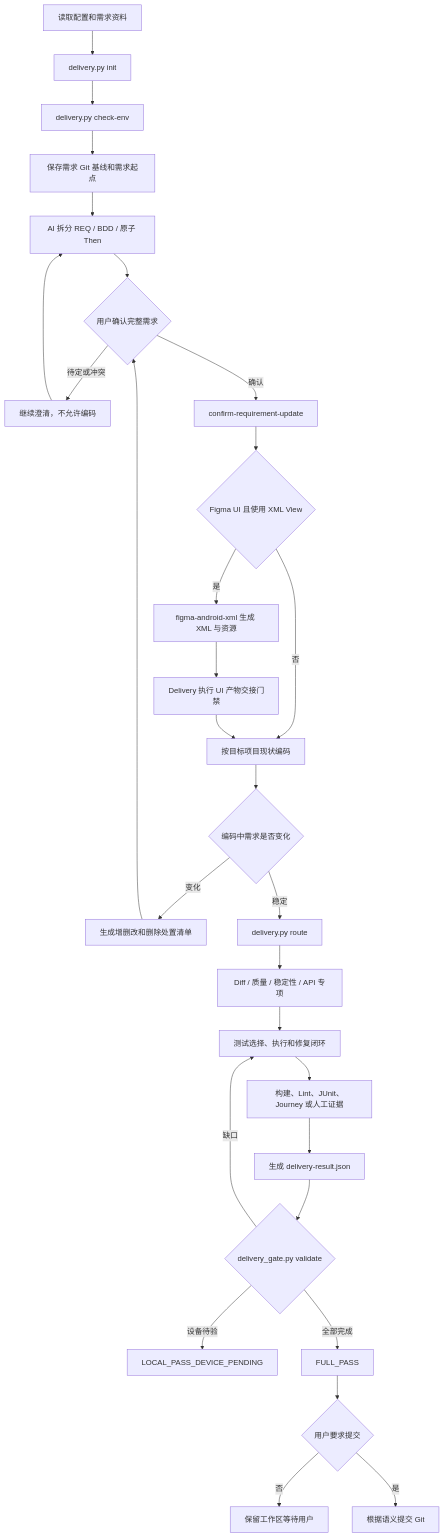
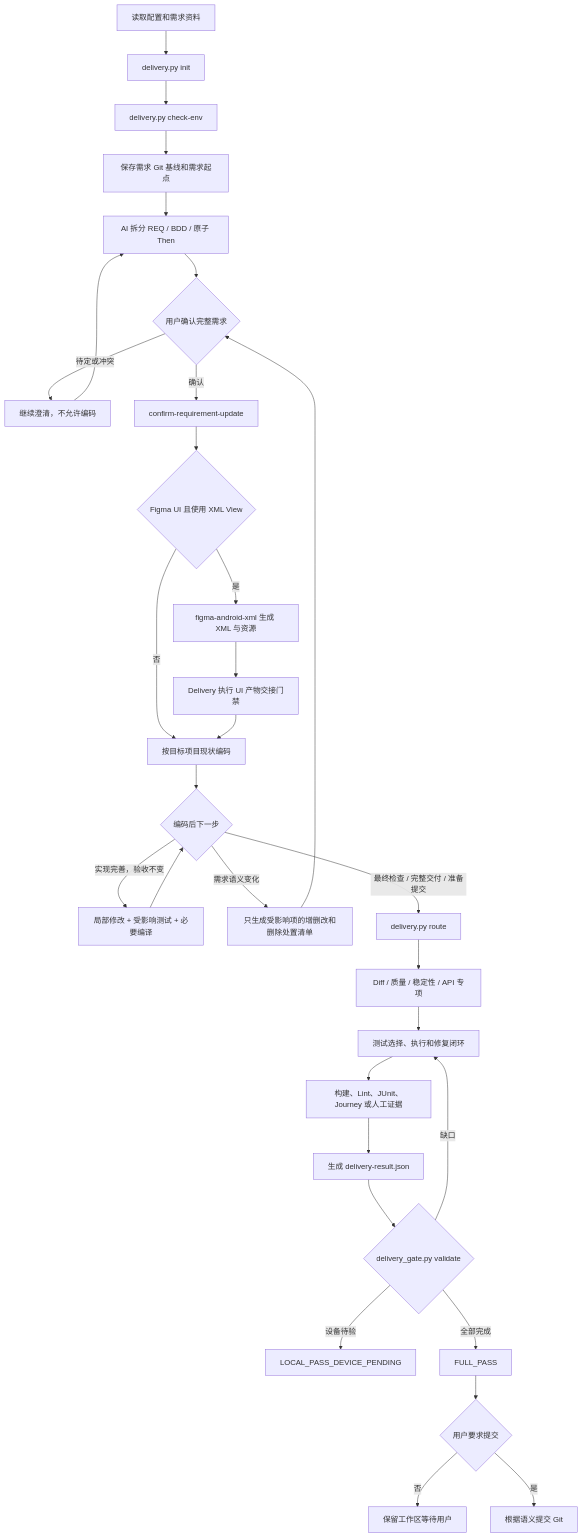
Before and after one commit to yejuntian/android-delivery-skills: the diagram in AI_DELIVERY_WORKFLOW_GUIDELINES.md, drawn with Mermaid. The commit also changed other lines of this file and 8 other files, not shown here.

````diff
--- a/AI_DELIVERY_WORKFLOW_GUIDELINES.md
+++ b/AI_DELIVERY_WORKFLOW_GUIDELINES.md
@@ -106,31 +110,33 @@
 ```mermaid
 flowchart TD
     A["读取配置和需求资料"] --> B["delivery.py init"]
     B --> C["delivery.py check-env"]
     C --> D["保存需求 Git 基线和需求起点"]
     D --> E["AI 拆分 REQ / BDD / 原子 Then"]
     E --> F{"用户确认完整需求"}
     F -- "待定或冲突" --> G["继续澄清，不允许编码"]
     G --> E
     F -- "确认" --> H["confirm-requirement-update"]
     H --> X{"Figma UI 且使用 XML View"}
     X -- "是" --> Y["figma-android-xml 生成 XML 与资源"]
     Y --> Z["Delivery 执行 UI 产物交接门禁"]
     X -- "否" --> I["按目标项目现状编码"]
     Z --> I
-    I --> J{"编码中需求是否变化"}
-    J -- "变化" --> K["生成增删改和删除处置清单"]
+    I --> J{"编码后下一步"}
+    J -- "实现完善，验收不变" --> W["局部修改 + 受影响测试 + 必要编译"]
+    W --> J
+    J -- "需求语义变化" --> K["只生成受影响项的增删改和删除处置清单"]
     K --> F
-    J -- "稳定" --> L["delivery.py route"]
+    J -- "最终检查 / 完整交付 / 准备提交" --> L["delivery.py route"]
     L --> M["Diff / 质量 / 稳定性 / API 专项"]
     M --> N["测试选择、执行和修复闭环"]
     N --> O["构建、Lint、JUnit、Journey 或人工证据"]
     O --> P["生成 delivery-result.json"]
     P --> Q{"delivery_gate.py validate"}
     Q -- "缺口" --> N
     Q -- "设备待验" --> R["LOCAL_PASS_DEVICE_PENDING"]
     Q -- "全部完成" --> S["FULL_PASS"]
     S --> T{"用户要求提交"}
     T -- "否" --> U["保留工作区等待用户"]
     T -- "是" --> V["根据语义提交 Git"]
 ```
````
